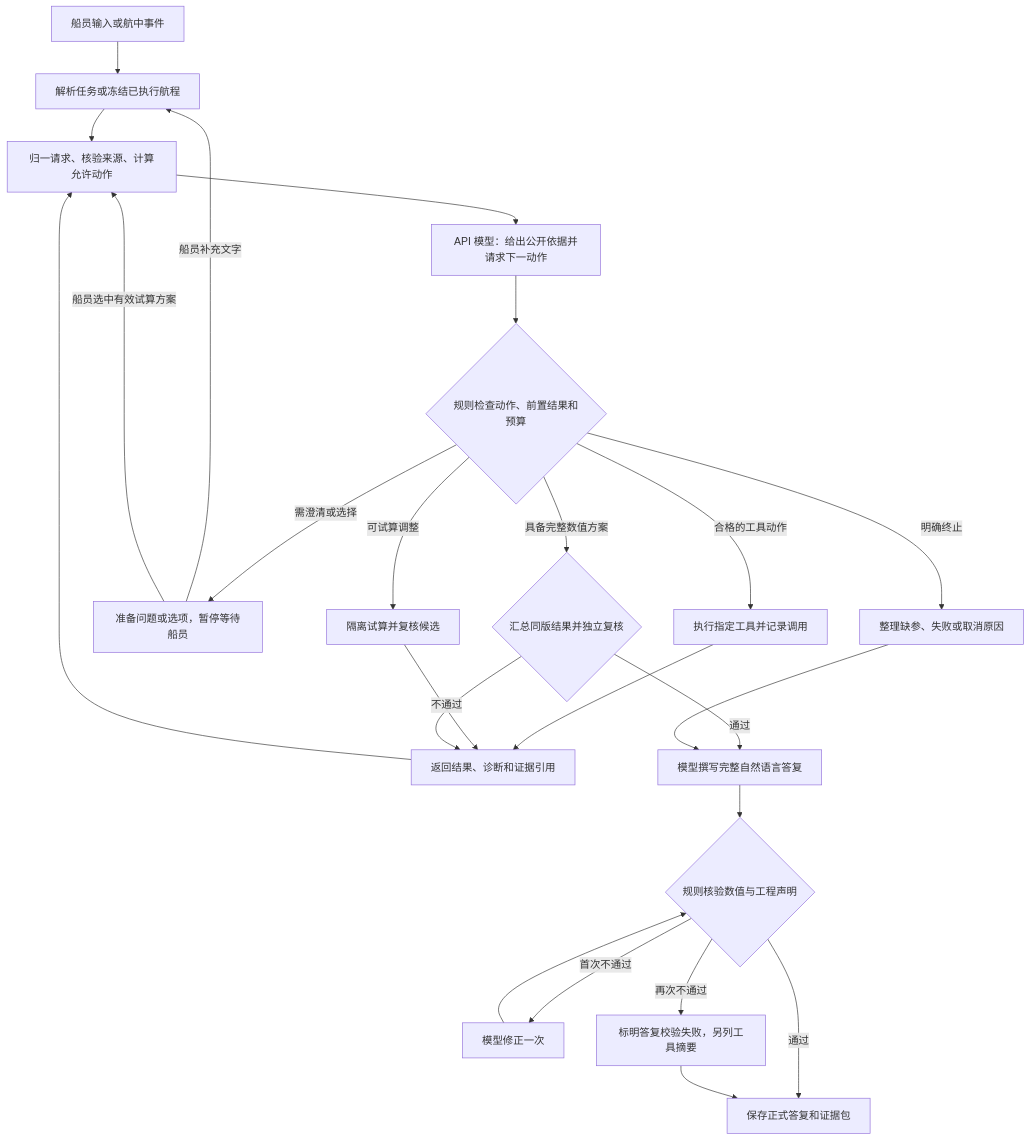
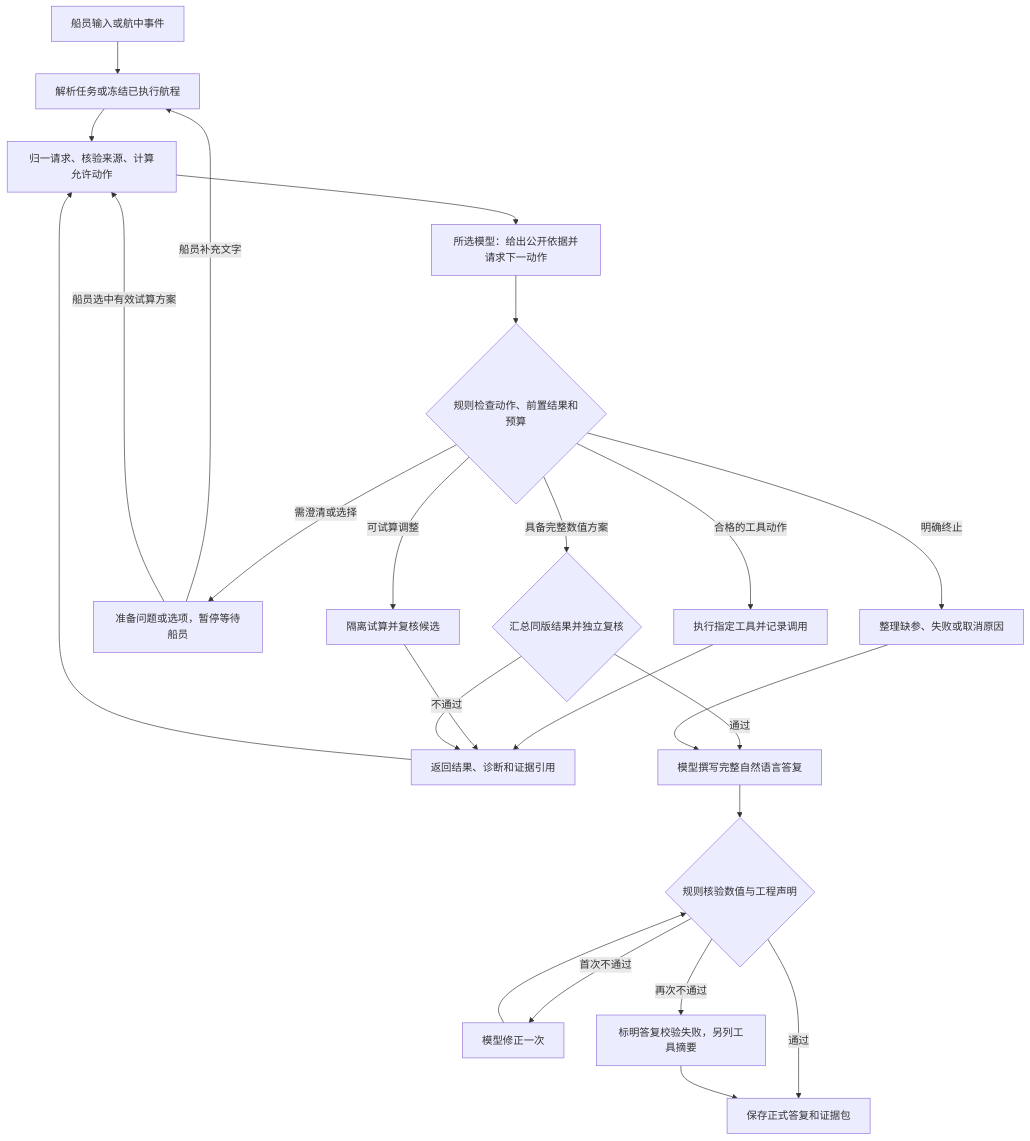
Before and after one commit to Brandon9951a/Ship-Agent: the diagram in docs/团队资料/02_当前设计/项目论文方案稿.md, drawn with Mermaid. The commit also changed other lines of this file and 1 other file, not shown here.

````diff
--- a/docs/团队资料/02_当前设计/项目论文方案稿.md
+++ b/docs/团队资料/02_当前设计/项目论文方案稿.md
@@ -23,26 +23,26 @@
 ```mermaid
 flowchart TD
     IN[船员输入或航中事件] --> PREP[解析任务或冻结已执行航程]
     PREP --> REC[归一请求、核验来源、计算允许动作]
-    REC --> LLM[API 模型：给出公开依据并请求下一动作]
+    REC --> LLM[所选模型：给出公开依据并请求下一动作]
     LLM --> GUARD{规则检查动作、前置结果和预算}
     GUARD -->|合格的工具动作| TOOL[执行指定工具并记录调用]
     TOOL --> OBS[返回结果、诊断和证据引用]
     OBS --> REC
     GUARD -->|需澄清或选择| HUMAN[准备问题或选项，暂停等待船员]
     HUMAN -->|船员补充文字| PREP
     HUMAN -->|船员选中有效试算方案| REC
     GUARD -->|可试算调整| TRIAL[隔离试算并复核候选]
     TRIAL --> OBS
     GUARD -->|具备完整数值方案| CHECK{汇总同版结果并独立复核}
     CHECK -->|不通过| OBS
     CHECK -->|通过| ANSWER[模型撰写完整自然语言答复]
     GUARD -->|明确终止| DIAG[整理缺参、失败或取消原因]
     DIAG --> ANSWER
     ANSWER --> LOCK{规则核验数值与工程声明}
     LOCK -->|首次不通过| REPAIR[模型修正一次]
     REPAIR --> LOCK
     LOCK -->|通过| SAVE[保存正式答复和证据包]
     LOCK -->|再次不通过| FAIL[标明答复校验失败，另列工具摘要]
     FAIL --> SAVE
 ```
````
